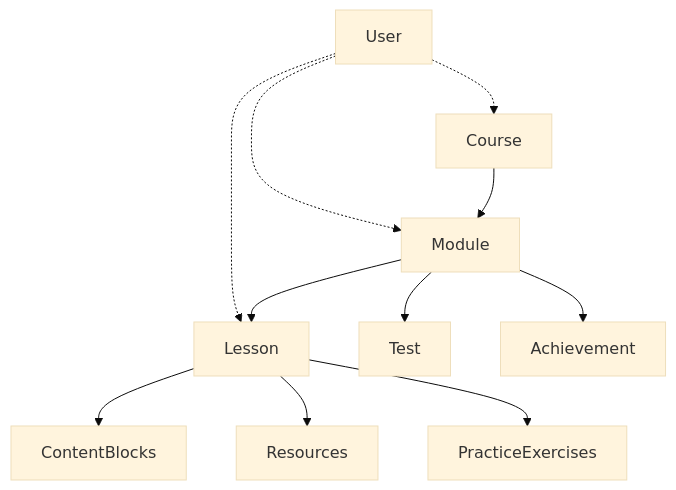
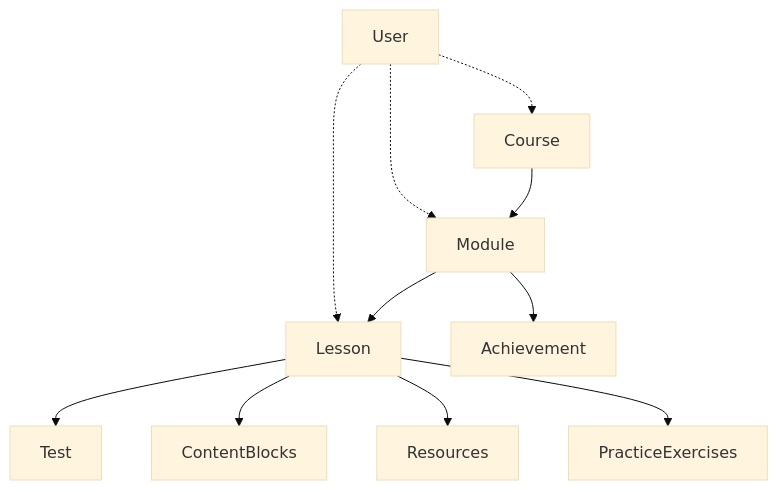
One commit to AdminRHS/oa-y-mcp-service changed the diagram in course-lesson-creation-schemas.md. Above: the diagram before and after it, drawn with Mermaid (base theme). The commit also changed other lines of this file and 8 other files, not shown here.

First line of the commit message:
Enhance lesson and test schemas; update tool handlers for better data handling

````diff
--- a/course-lesson-creation-schemas.md
+++ b/course-lesson-creation-schemas.md
@@ -288,14 +322,14 @@
 ```mermaid
 graph TD
     A[Course] --> B[Module]
     B --> C[Lesson]
-    B --> D[Test]
+    C --> D[Test]
     B --> E[Achievement]
     C --> F[ContentBlocks]
     C --> G[Resources]
     C --> H[PracticeExercises]
 
     I[User] -.-> A
     I -.-> B
     I -.-> C
 ```
````
